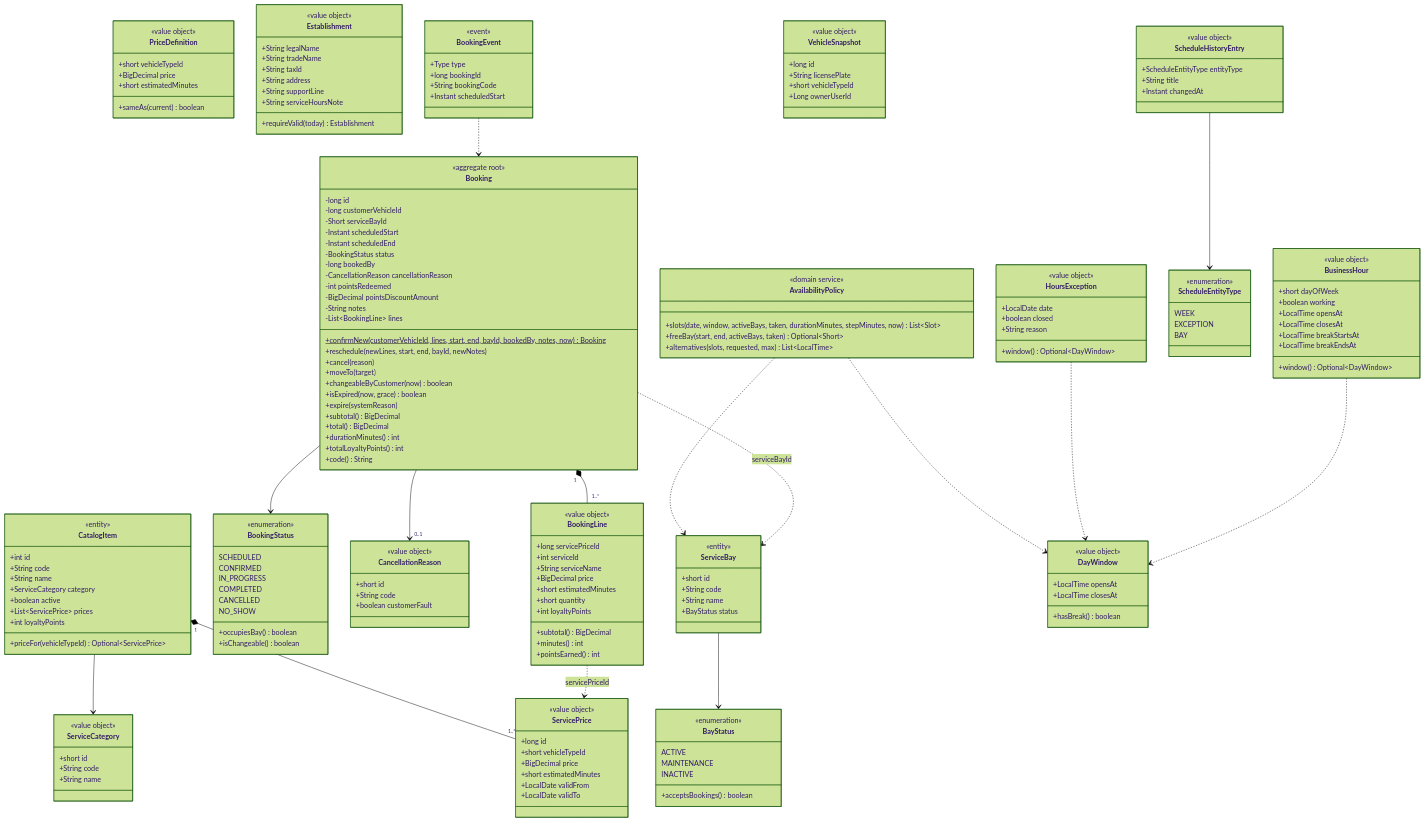
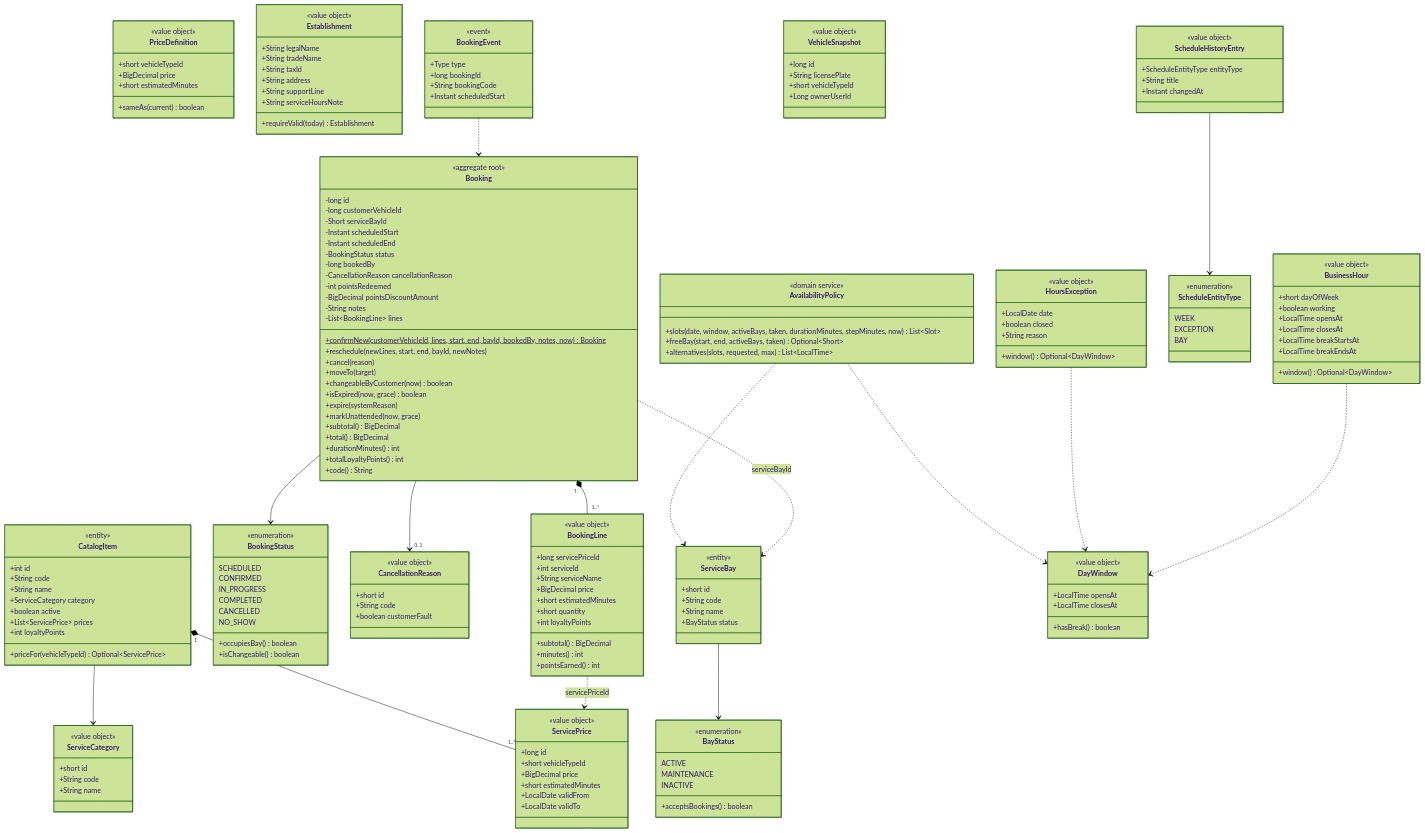
Diagram 12 of 20 in 04_DOCUMENTACION_DE_DISENO_DEL_SOFTWARE/EN/MD/software-design-documentation.md (BrayanCABRERA123/lavarapido-docs), drawn with Mermaid (forest theme) before and after one commit. The commit also changed other lines of this file and 2 other files, not shown here.

```diff
--- a/04_DOCUMENTACION_DE_DISENO_DEL_SOFTWARE/EN/MD/software-design-documentation.md
+++ b/04_DOCUMENTACION_DE_DISENO_DEL_SOFTWARE/EN/MD/software-design-documentation.md
@@ -2135,6 +2136,7 @@
     +changeableByCustomer(now) boolean
     +isExpired(now, grace) boolean
     +expire(systemReason)
+    +markUnattended(now, grace)
     +subtotal() BigDecimal
     +total() BigDecimal
     +durationMinutes() int
```
